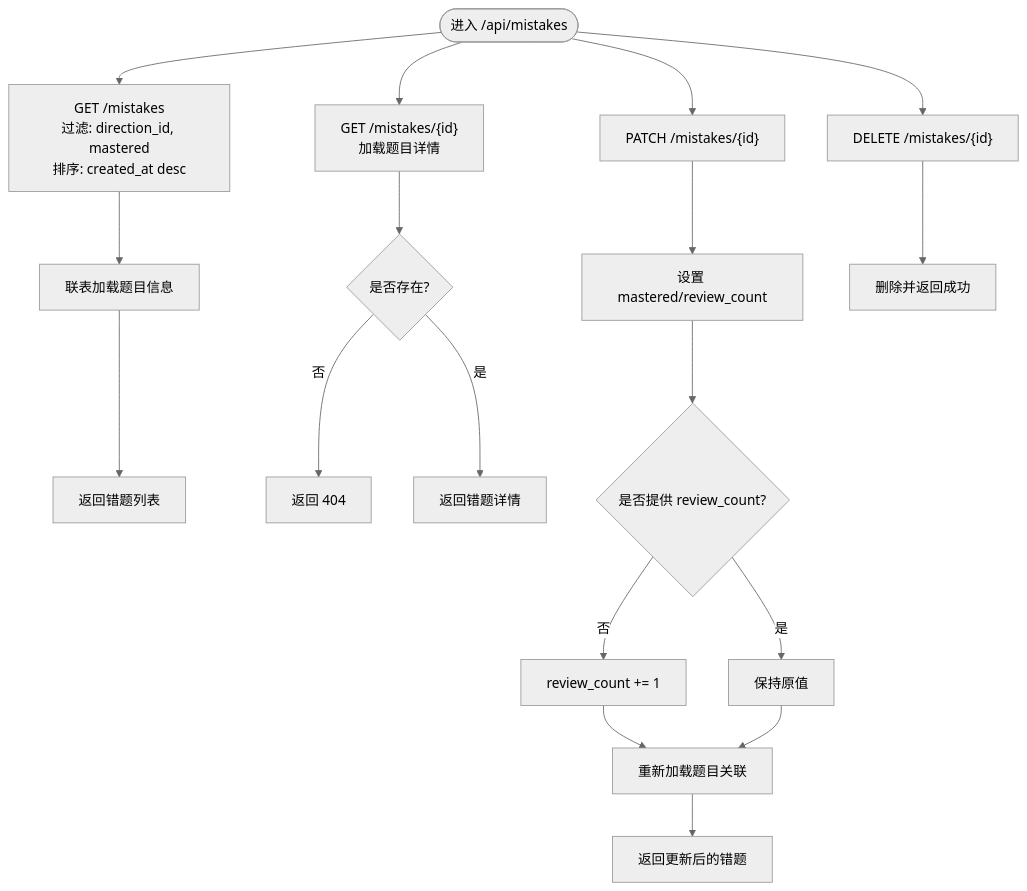
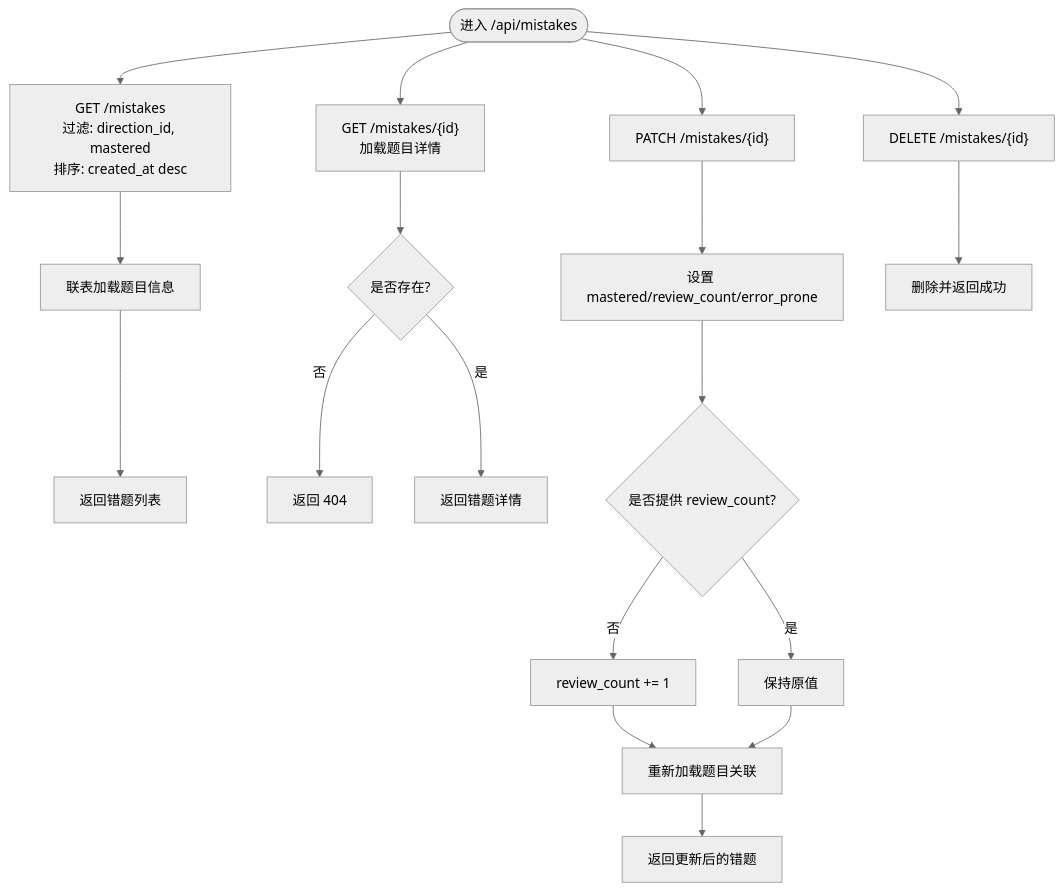
Before and after one commit to zhiwenli-jack/personal-learning-manager: the third of 7 diagrams in .qoder/repowiki/zh/content/前端应用架构/视图组件/错题管理组件.md, drawn with Mermaid (neutral theme). The commit also changed other lines of this file and 12 other files, not shown here.

````diff
--- a/.qoder/repowiki/zh/content/前端应用架构/视图组件/错题管理组件.md
+++ b/.qoder/repowiki/zh/content/前端应用架构/视图组件/错题管理组件.md
@@ -104,20 +114,20 @@
 ```mermaid
 flowchart TD
 Start(["进入 /api/mistakes"]) --> GetList["GET /mistakes<br/>过滤: direction_id, mastered<br/>排序: created_at desc"]
 GetList --> LoadQ["联表加载题目信息"]
 LoadQ --> ReturnList["返回错题列表"]
 Start --> GetOne["GET /mistakes/{id}<br/>加载题目详情"]
 GetOne --> NotFound{"是否存在?"}
 NotFound -- 否 --> Err404["返回 404"]
 NotFound -- 是 --> ReturnOne["返回错题详情"]
 Start --> Patch["PATCH /mistakes/{id}"]
-Patch --> SetFields["设置 mastered/review_count"]
+Patch --> SetFields["设置 mastered/review_count/error_prone"]
 SetFields --> AutoInc{"是否提供 review_count?"}
 AutoInc -- 否 --> Inc["review_count += 1"]
 AutoInc -- 是 --> Keep["保持原值"]
 Inc --> Reload["重新加载题目关联"]
 Keep --> Reload
 Reload --> ReturnPatch["返回更新后的错题"]
 Start --> Delete["DELETE /mistakes/{id}"]
 Delete --> DelOK["删除并返回成功"]
 ```
````
